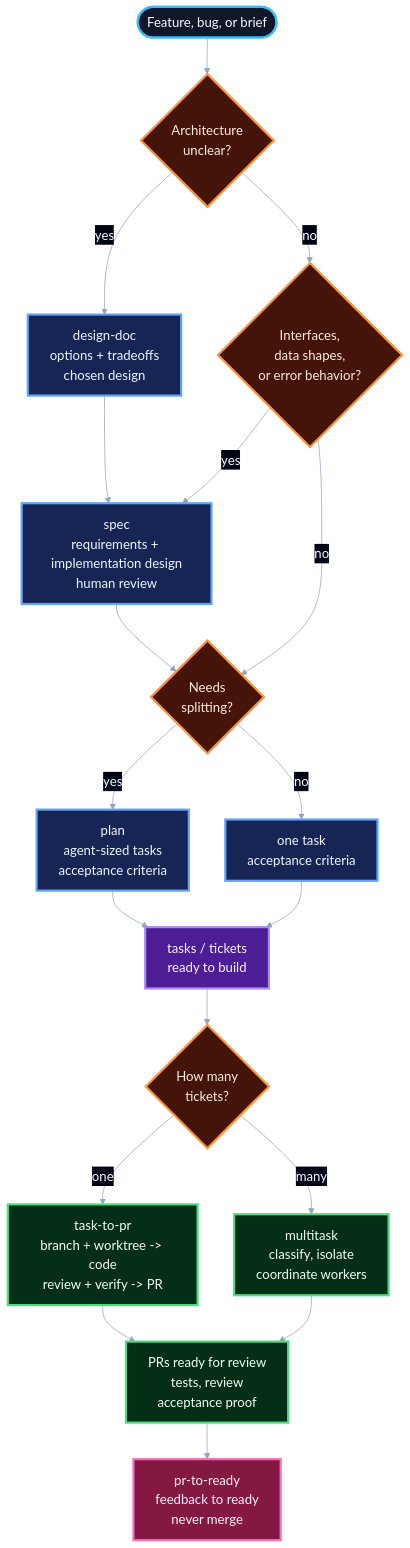
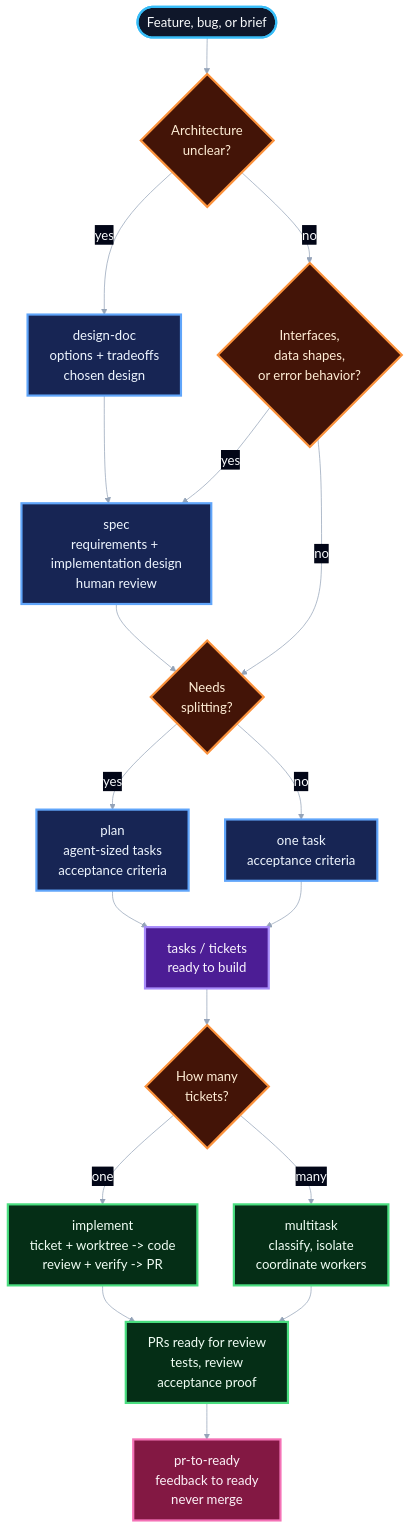
The first of 2 diagrams in README.md (owainlewis/blueprint), drawn with Mermaid before and after one commit. The commit also changed other lines of this file and 8 other files, not shown here.

````diff
--- a/README.md
+++ b/README.md
@@ -20,47 +20,47 @@
 ```mermaid
 %%{init: {"theme": "base", "themeVariables": {"fontFamily": "Inter, ui-sans-serif, system-ui", "fontSize": "18px", "primaryTextColor": "#f8fafc", "tertiaryTextColor": "#f8fafc", "lineColor": "#94a3b8", "edgeLabelBackground": "#020617"}}}%%
 flowchart TD
     Request([Feature, bug, or brief])
 
     Ambiguous{Architecture<br/>unclear?}
     Design["design-doc<br/>options + tradeoffs<br/>chosen design"]
     SpecGate{Interfaces,<br/>data shapes,<br/>or error behavior?}
     Spec["spec<br/>requirements + implementation design<br/>human review"]
     Split{Needs<br/>splitting?}
     Plan["plan<br/>agent-sized tasks<br/>acceptance criteria"]
     Direct["one task<br/>acceptance criteria"]
     Handoff["tasks / tickets<br/>ready to build"]
 
     Count{How many<br/>tickets?}
-    Single["task-to-pr<br/>branch + worktree -> code<br/>review + verify -> PR"]
+    Single["implement<br/>ticket + worktree -> code<br/>review + verify -> PR"]
     Multi["multitask<br/>classify, isolate<br/>coordinate workers"]
     PRs["PRs ready for review<br/>tests, review<br/>acceptance proof"]
     Ready["pr-to-ready<br/>feedback to ready<br/>never merge"]
 
     Request --> Ambiguous
     Ambiguous -->|yes| Design --> Spec
     Ambiguous -->|no| SpecGate
     SpecGate -->|yes| Spec
     SpecGate -->|no| Split
     Spec --> Split
     Split -->|yes| Plan --> Handoff
     Split -->|no| Direct --> Handoff
     Handoff --> Count
     Count -->|one| Single --> PRs
     Count -->|many| Multi --> PRs
     PRs --> Ready
 
     classDef start fill:#0f172a,stroke:#38bdf8,stroke-width:3px,color:#f8fafc,font-size:18px;
     classDef decision fill:#431407,stroke:#fb923c,stroke-width:3px,color:#ffedd5,font-size:18px;
     classDef decide fill:#172554,stroke:#60a5fa,stroke-width:3px,color:#eff6ff,font-size:18px;
     classDef handoff fill:#4c1d95,stroke:#a78bfa,stroke-width:3px,color:#faf5ff,font-size:18px;
     classDef deliver fill:#052e16,stroke:#4ade80,stroke-width:3px,color:#f0fdf4,font-size:18px;
     classDef feedback fill:#831843,stroke:#f472b6,stroke-width:3px,color:#fdf2f8,font-size:18px;
 
     class Request start;
     class Ambiguous,SpecGate,Split,Count decision;
     class Design,Spec,Plan,Direct decide;
     class Handoff handoff;
     class Single,Multi,PRs deliver;
     class Ready feedback;
 ```
````
